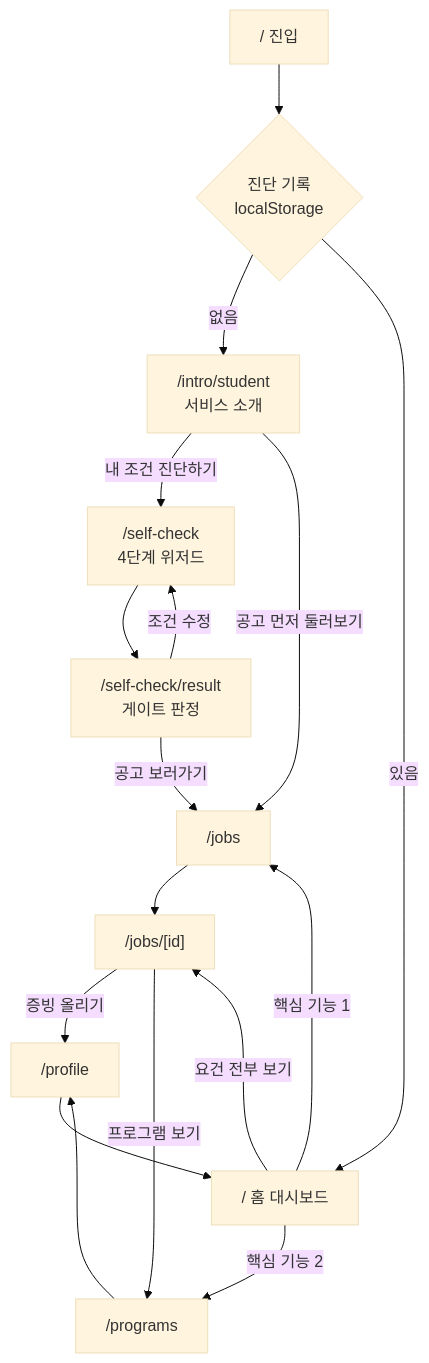
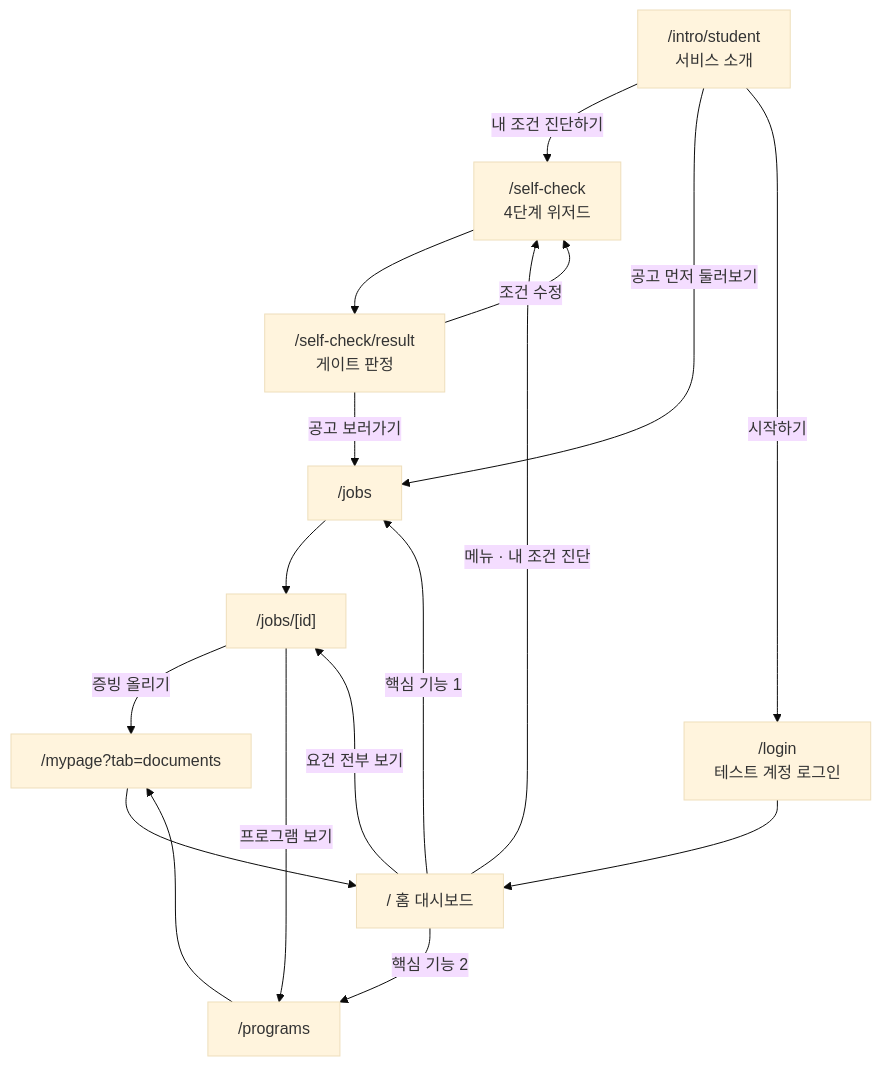
The diagram in docs/user-flow.md (GLOB-ABLE/Frontend), drawn with Mermaid (base theme) before and after one commit. The commit also changed other lines of this file and 14 other files, not shown here.

Commit message:
style: enhance UI/UX and update user flow docs

````diff
--- a/docs/user-flow.md
+++ b/docs/user-flow.md
@@ -20,23 +21,23 @@
 ```mermaid
 flowchart TD
-    A["/ 진입"] --> B{진단 기록<br/>localStorage}
-    B -->|없음| C["/intro/student<br/>서비스 소개"]
-    B -->|있음| H["/ 홈 대시보드"]
+    C["/intro/student<br/>서비스 소개"] -->|내 조건 진단하기| D["/self-check<br/>4단계 위저드"]
+    C -->|공고 먼저 둘러보기| J["/jobs"]
+    C -->|시작하기| L["/login<br/>테스트 계정 로그인"]
+    L --> H
 
-    C -->|내 조건 진단하기| D["/self-check<br/>4단계 위저드"]
-    C -->|공고 먼저 둘러보기| J["/jobs"]
+    H["/ 홈 대시보드"] -->|메뉴 · 내 조건 진단| D
 
     D --> E["/self-check/result<br/>게이트 판정"]
     E -->|공고 보러가기| J
     E -->|조건 수정| D
 
     H -->|핵심 기능 1| J
     H -->|핵심 기능 2| P["/programs"]
     H -->|요건 전부 보기| K["/jobs/[id]"]
 
     J --> K
-    K -->|증빙 올리기| M["/profile"]
+    K -->|증빙 올리기| M["/mypage?tab=documents"]
     K -->|프로그램 보기| P
     P --> M
     M --> H
 ```
````
